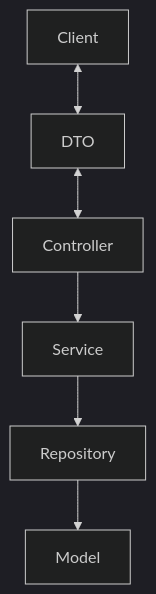
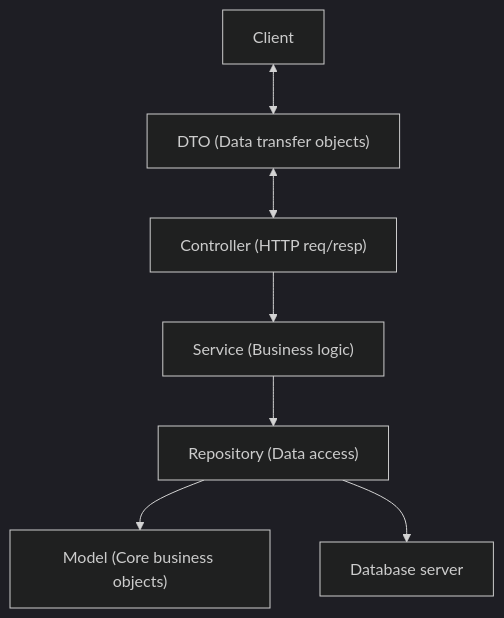
One commit to edwinans/smessenger changed the diagram in README.md. Above: the diagram before and after it, drawn with Mermaid (dark theme).

Commit message:
Improve diagram

````diff
--- a/README.md
+++ b/README.md
@@ -4,8 +4,9 @@
 ```mermaid
 flowchart TD
-    A[Client] <--> F[DTO]
-    F <--> B[Controller]
-    B --> C[Service]
-    C --> D[Repository]
-    D --> E[Model]
+  A["Client"] <--> F["DTO (Data transfer objects)"]
+  F <--> B["Controller (HTTP req/resp)"]
+  B --> C["Service (Business logic)"]
+  C --> D["Repository (Data access)"]
+  D --> E["Model (Core business objects)"]
+  D --> DB["Database server"]
 ```
````
